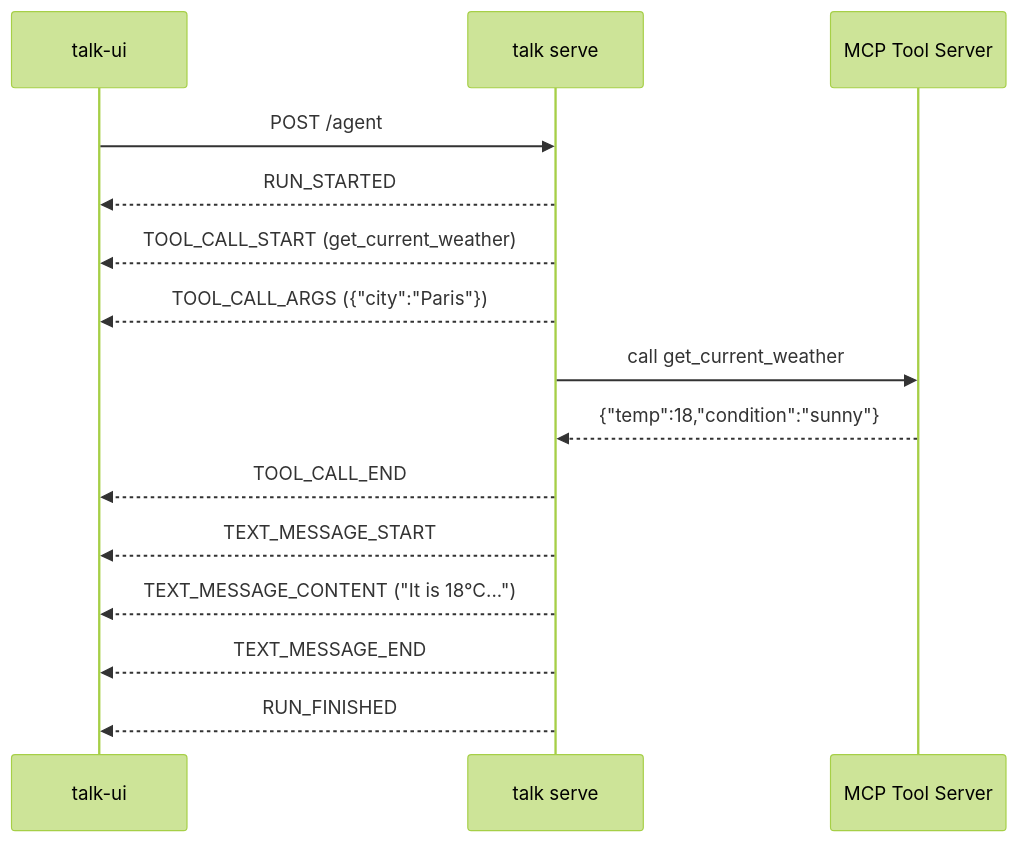
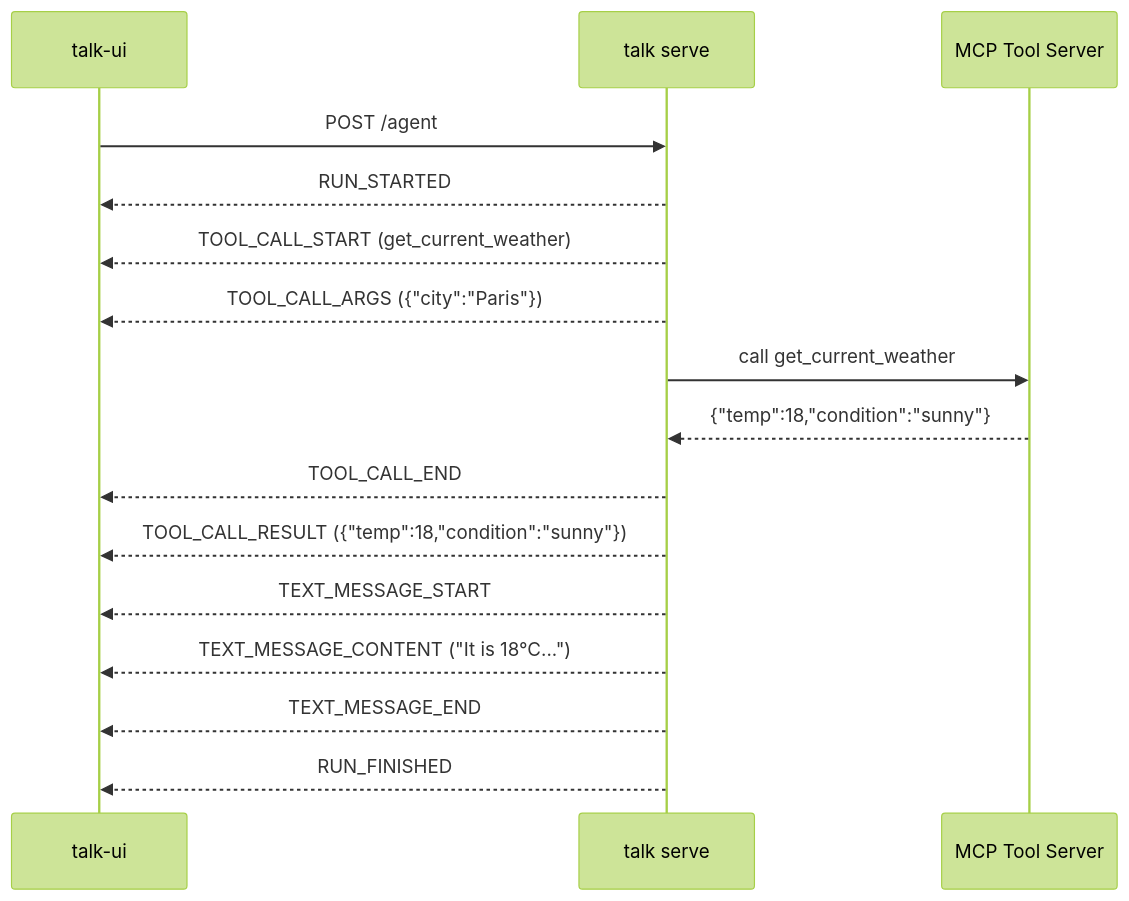
One commit to xvThomas/LLMClientWrapper changed the second of 4 diagrams in docs/ag-ui-protocol.md. Above: the diagram before and after it, drawn with Mermaid (forest theme). The commit also changed other lines of this file, not shown here.

Commit message:
feat: update MCP tool call event structure to include TOOL_CALL_RESULT for improved event handling

````diff
--- a/docs/ag-ui-protocol.md
+++ b/docs/ag-ui-protocol.md
@@ -311,18 +325,19 @@
 ```mermaid
 sequenceDiagram
     participant UI as talk-ui
     participant S as talk serve
     participant T as MCP Tool Server
 
     UI->>S: POST /agent
     S-->>UI: RUN_STARTED
     S-->>UI: TOOL_CALL_START (get_current_weather)
     S-->>UI: TOOL_CALL_ARGS ({"city":"Paris"})
     S->>T: call get_current_weather
     T-->>S: {"temp":18,"condition":"sunny"}
     S-->>UI: TOOL_CALL_END
+    S-->>UI: TOOL_CALL_RESULT ({"temp":18,"condition":"sunny"})
     S-->>UI: TEXT_MESSAGE_START
     S-->>UI: TEXT_MESSAGE_CONTENT ("It is 18°C...")
     S-->>UI: TEXT_MESSAGE_END
     S-->>UI: RUN_FINISHED
 ```
````
